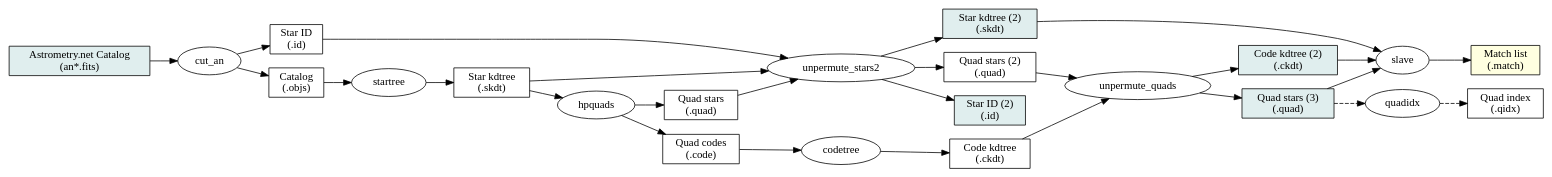
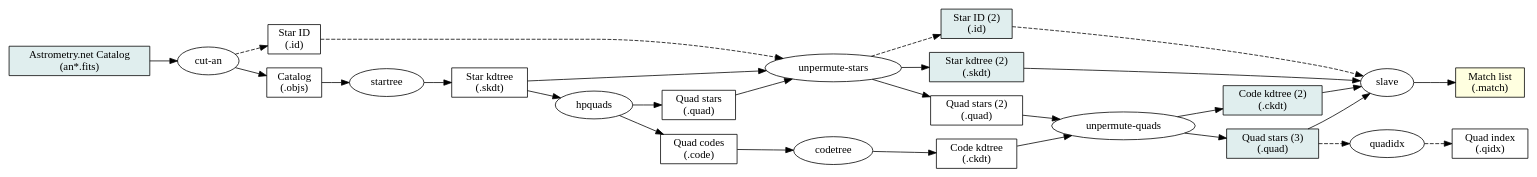
Before and after one commit to blackball/an-test6: the diagram in src/quads/pipelineall.dot, drawn with Graphviz. The commit also changed 4 other files, not shown here.

```diff
--- a/src/quads/pipelineall.dot
+++ b/src/quads/pipelineall.dot
@@ -1,56 +1,63 @@
 graph P {
 	graph [ rankdir = LR ];
 	node [ shape=box ];
 	edge [ dir=forward ];
 	node [ style=filled, fillcolor=azure2 ];
 	ancat [ label="Astrometry.net Catalog\n(an*.fits)" ];
 
 	quad3  [ label="Quad stars (3)\n(.quad)" ];
 	ckdt2  [ label="Code kdtree (2)\n(.ckdt)" ];
 	skdt2 [ label="Star kdtree (2)\n(.skdt)" ];
 	id2    [ label="Star ID (2)\n(.id)" ];
 
 	node [ fillcolor=lightyellow ];
 	match [ label="Match list\n(.match)" ];
 
 	node [ style="" ];
 	id    [ label="Star ID\n(.id)" ];
 	skdt  [ label="Star kdtree\n(.skdt)" ];
 	objs  [ label="Catalog\n(.objs)" ];
 	quad  [ label="Quad stars\n(.quad)" ];
 	ckdt  [ label="Code kdtree\n(.ckdt)" ];
 	code  [ label="Quad codes\n(.code)" ];
 	qidx [ label="Quad index\n(.qidx)" ];
 	quad2  [ label="Quad stars (2)\n(.quad)" ];
 
+	node [ shape=ellipse ];
 
-	node [ shape=ellipse ];
+	cut_an [ label="cut-an" ];
+
 	ancat -- cut_an
 	cut_an -- objs
-	cut_an -- id
+	cut_an -- id [ style=dashed ];
 	objs -- startree -- skdt
 
 	skdt -- hpquads
 	hpquads -- code
 	hpquads -- quad
 	code -- codetree -- ckdt
 
-	skdt -- unpermute_stars2 -- skdt2
-	id   -- unpermute_stars2 [ minlen=5 ];
-	unpermute_stars2 -- id2
-	quad -- unpermute_stars2 -- quad2
+	unperm_stars [ label="unpermute-stars" ];
 
-	quad2 -- unpermute_quads -- quad3
-	ckdt  -- unpermute_quads -- ckdt2
+	skdt -- unperm_stars -- skdt2
+	id   -- unperm_stars [ minlen=5, style=dashed ];
+	unperm_stars -- id2 [ style=dashed ];
+	quad -- unperm_stars -- quad2
+
+	unperm_quads [ label="unpermute-quads" ];
+
+	quad2 -- unperm_quads -- quad3
+	ckdt  -- unperm_quads -- ckdt2
 
 	skdt2 -- slave [ minlen=3 ];
 	ckdt2 -- slave
 	quad3 -- slave
+	id2   -- slave [ minlen=3, style=dashed ];
 
 	slave -- match
 
 	quad3 -- quadidx -- qidx [ style=dashed ];
 }
 
 //   dot -Tps2 -o pipelineall.eps pipelineall.dot
 //   epstopng pipelineall.eps
```
